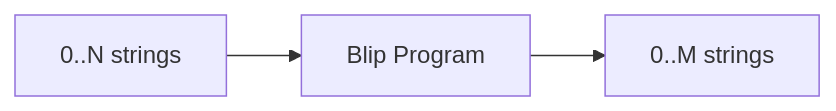
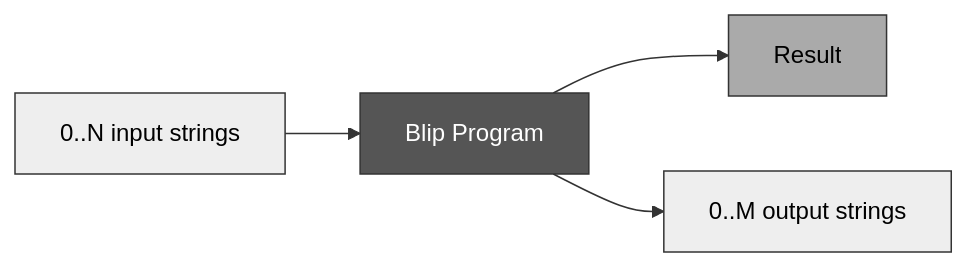
One commit to psysrc/blip changed the diagram in docs/design_program.md. Above: the diagram before and after it, drawn with Mermaid. The commit also changed other lines of this file and 2 other files, not shown here.

````diff
--- a/docs/design_program.md
+++ b/docs/design_program.md
@@ -7,8 +5,15 @@
 ```mermaid
 flowchart LR
     P[Blip Program]
-    in[0..N strings]
-    out[0..M strings]
+    in[0..N input strings]
+    out[0..M output strings]
+    res[Result]
 
-    in --> P --> out
+    in --> P --> res
+    P --> out
+
+    style P fill:#555,color:#fff,stroke:#333
+    style in fill:#eee,color:#000,stroke:#333
+    style out fill:#eee,color:#000,stroke:#333
+    style res fill:#aaa,color:#000,stroke:#333
 ```
````
